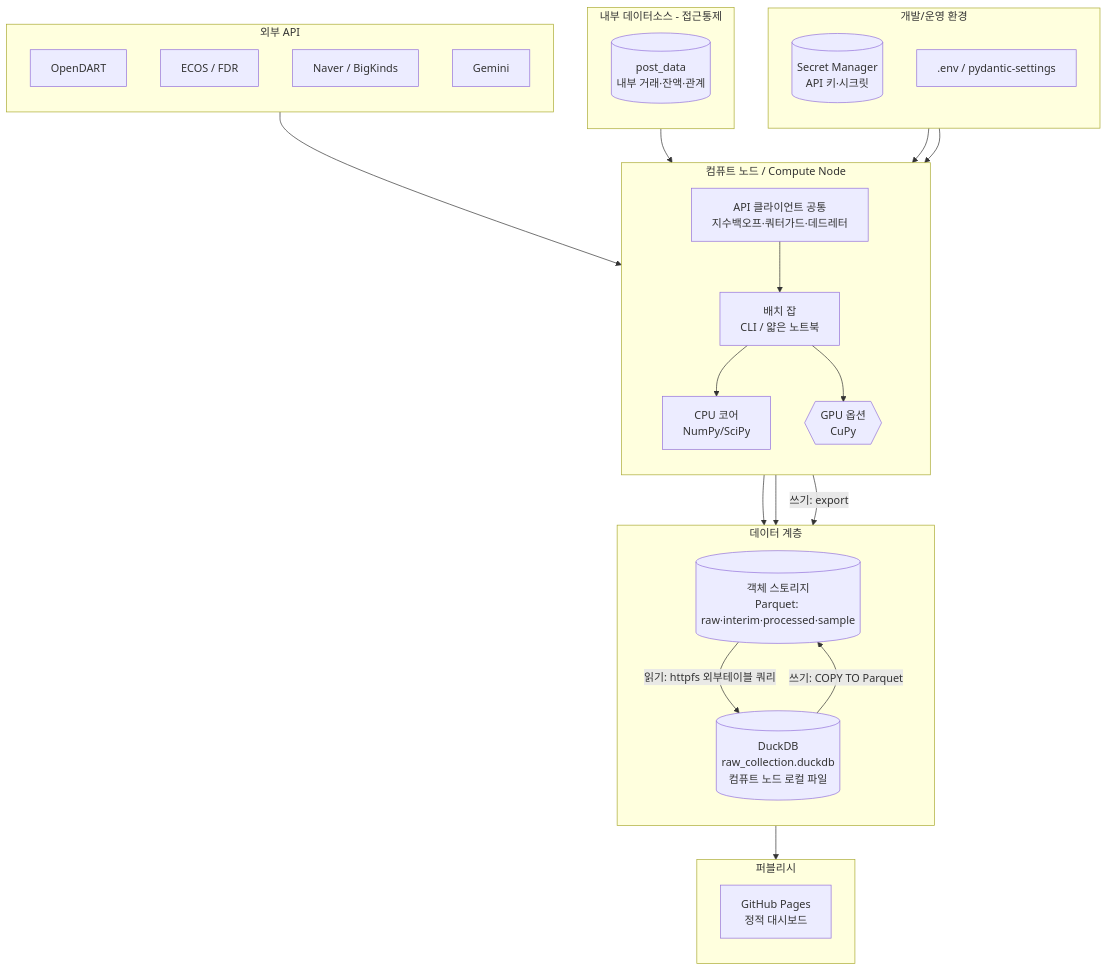
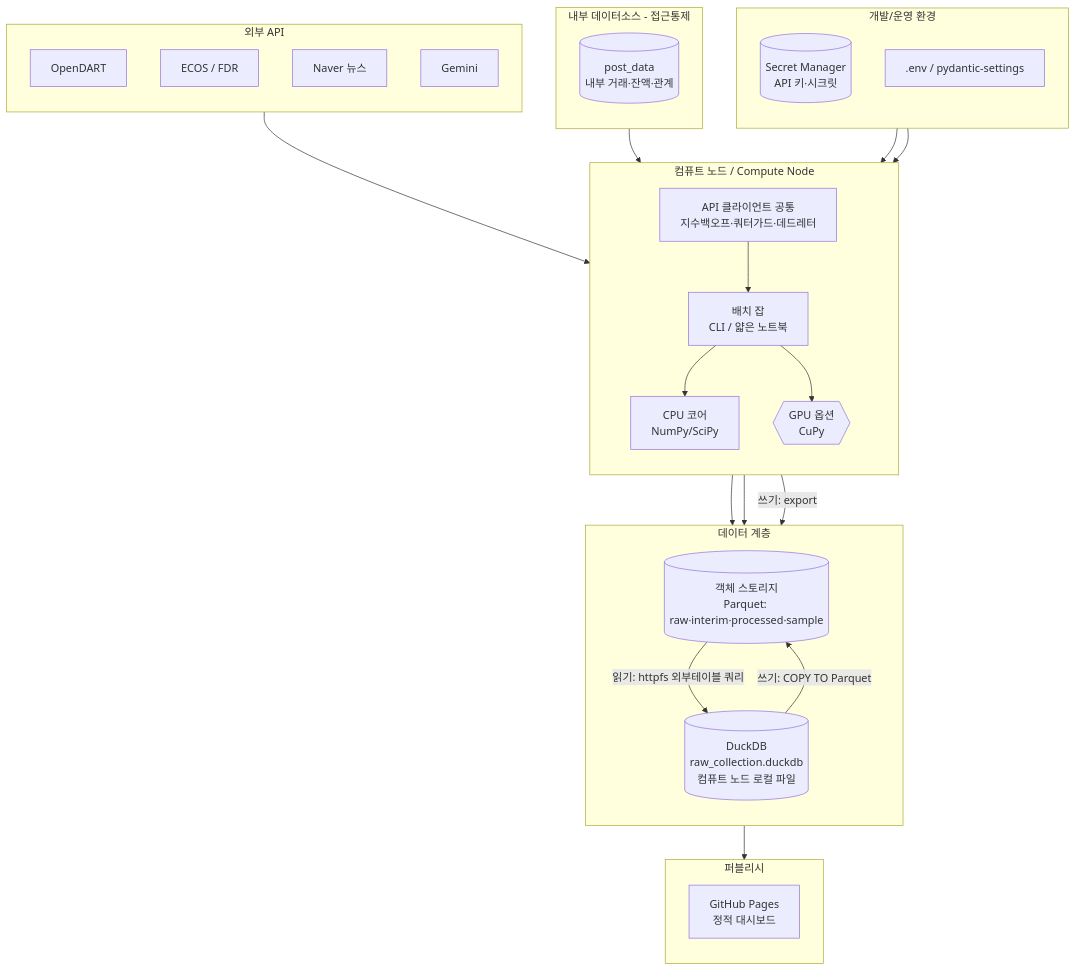
Before and after one commit to blunderblus/black_litterman_project: the third of 5 diagrams in docs/design/01-system-architecture.md, drawn with Mermaid. The commit also changed other lines of this file and 9 other files, not shown here.

First line of the commit message:
docs: finish BigKinds(구 Track C) sweep across design/planning 9종; v0.2→v0.3

````diff
--- a/docs/design/01-system-architecture.md
+++ b/docs/design/01-system-architecture.md
@@ -321,54 +319,54 @@
 ```mermaid
 flowchart TB
   subgraph DEV[개발/운영 환경]
     direction TB
     SECRETS[(Secret Manager<br/>API 키·시크릿)]
     CONFIG[.env / pydantic-settings]
   end
 
   subgraph COMPUTE[컴퓨트 노드 / Compute Node]
     direction TB
     CPU[CPU 코어<br/>NumPy/SciPy]
     GPUOPT{{GPU 옵션<br/>CuPy}}
     JOBS[배치 잡<br/>CLI / 얇은 노트북]
     APICLI[API 클라이언트 공통<br/>지수백오프·쿼터가드·데드레터]
   end
 
   subgraph DATA[데이터 계층]
     direction TB
     OBJ[(객체 스토리지<br/>Parquet: raw·interim·processed·sample)]
     DDB[(DuckDB<br/>raw_collection.duckdb<br/>컴퓨트 노드 로컬 파일)]
   end
 
   subgraph EXTAPI[외부 API]
     direction TB
     A1[OpenDART]
     A2[ECOS / FDR]
-    A3[Naver / BigKinds]
+    A3[Naver 뉴스]
     A4[Gemini]
   end
 
   subgraph INTSRC[내부 데이터소스 - 접근통제]
     direction TB
     PD[(post_data<br/>내부 거래·잔액·관계)]
   end
 
   subgraph PUBLISH[퍼블리시]
     direction TB
     GHP[GitHub Pages<br/>정적 대시보드]
   end
 
   SECRETS --> JOBS
   CONFIG --> JOBS
   EXTAPI --> APICLI
   APICLI --> JOBS
   INTSRC --> JOBS
   JOBS --> CPU
   JOBS --> GPUOPT
   CPU --> DDB
   GPUOPT --> DDB
   JOBS -- "쓰기: export" --> OBJ
   DDB -- "쓰기: COPY TO Parquet" --> OBJ
   OBJ -- "읽기: httpfs 외부테이블 쿼리" --> DDB
   OBJ --> GHP
 ```
````
